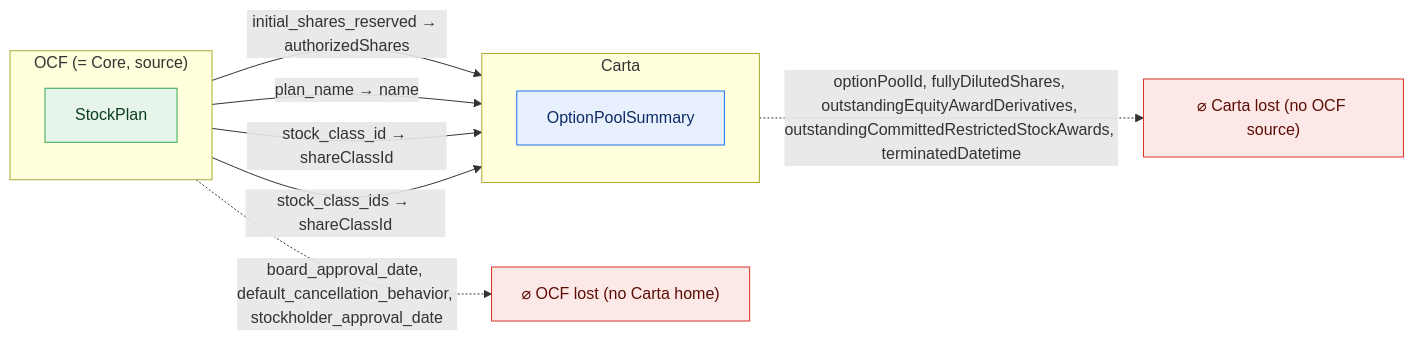
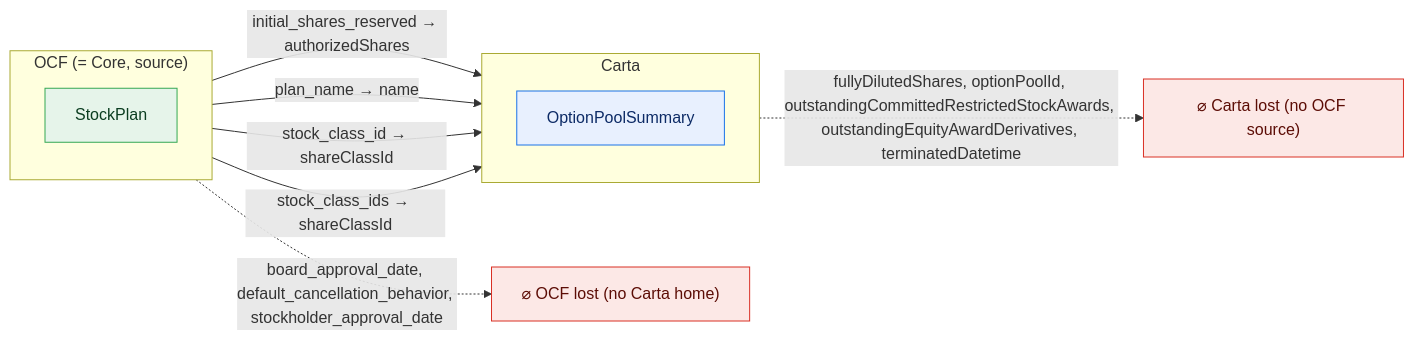
One commit to Open-Cap-Table-Coalition/OCF-Composed-Schemas changed diagram 17 of 47 in docs/core-bidirectional-flow.md. Above: the diagram before and after it, drawn with Mermaid. The commit also changed other lines of this file and 7 other files, not shown here.

````diff
--- a/docs/core-bidirectional-flow.md
+++ b/docs/core-bidirectional-flow.md
@@ -549,23 +572,23 @@
 ```mermaid
 flowchart LR
   classDef adm fill:#e6f4ea,stroke:#34a853,color:#0b3d20;
   classDef notadm fill:#f1f3f4,stroke:#9aa0a6,color:#5f6368,stroke-dasharray:4 3;
   classDef carta fill:#e8f0fe,stroke:#1a73e8,color:#0d2b66;
   classDef lost fill:#fce8e6,stroke:#d93025,color:#5c0d06;
   subgraph SRC["OCF (= Core, source)"]
     direction TB
     o0["StockPlan"]:::adm
   end
   subgraph TGT["Carta"]
     direction TB
     t0["OptionPoolSummary"]:::carta
   end
   ocflost["⌀ OCF lost (no Carta home)"]:::lost
   cartalost["⌀ Carta lost (no OCF source)"]:::lost
   o0 -->|"initial_shares_reserved → authorizedShares"| t0
   o0 -->|"plan_name → name"| t0
   o0 -->|"stock_class_id → shareClassId"| t0
   o0 -->|"stock_class_ids → shareClassId"| t0
   o0 -.->|"board_approval_date, default_cancellation_behavior, stockholder_approval_date"| ocflost
-  t0 -.->|"optionPoolId, fullyDilutedShares, outstandingEquityAwardDerivatives, outstandingCommittedRestrictedStockAwards, terminatedDatetime"| cartalost
+  t0 -.->|"fullyDilutedShares, optionPoolId, outstandingCommittedRestrictedStockAwards, outstandingEquityAwardDerivatives, terminatedDatetime"| cartalost
 ```
````
